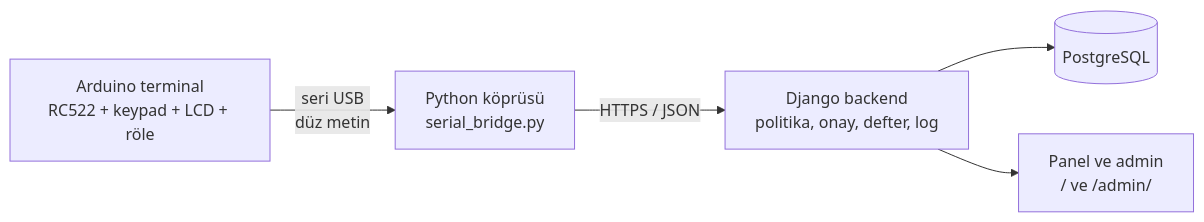
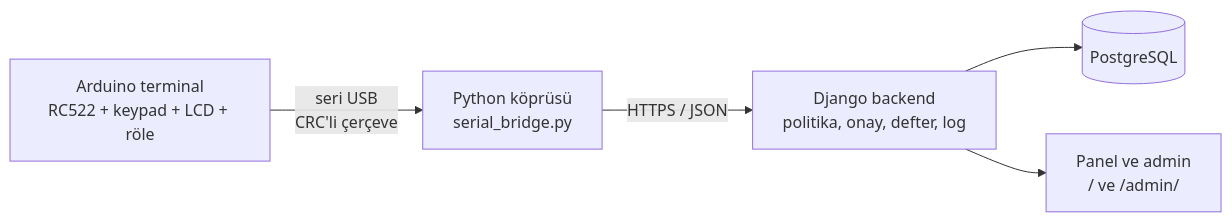
Before and after one commit to ikrabaser/rfid-multisig-atm: the first of 9 diagrams in README.md, drawn with Mermaid. The commit also changed other lines of this file and 34 other files, not shown here.

````diff
--- a/README.md
+++ b/README.md
@@ -49,7 +49,7 @@
 ```mermaid
 flowchart LR
-    A["Arduino terminal<br/>RC522 + keypad + LCD + röle"] -- "seri USB<br/>düz metin" --> B["Python köprüsü<br/>serial_bridge.py"]
+    A["Arduino terminal<br/>RC522 + keypad + LCD + röle"] -- "seri USB<br/>CRC'li çerçeve" --> B["Python köprüsü<br/>serial_bridge.py"]
     B -- "HTTPS / JSON" --> C["Django backend<br/>politika, onay, defter, log"]
     C --> D[("PostgreSQL")]
     C --> E["Panel ve admin<br/>/ ve /admin/"]
 ```
````
